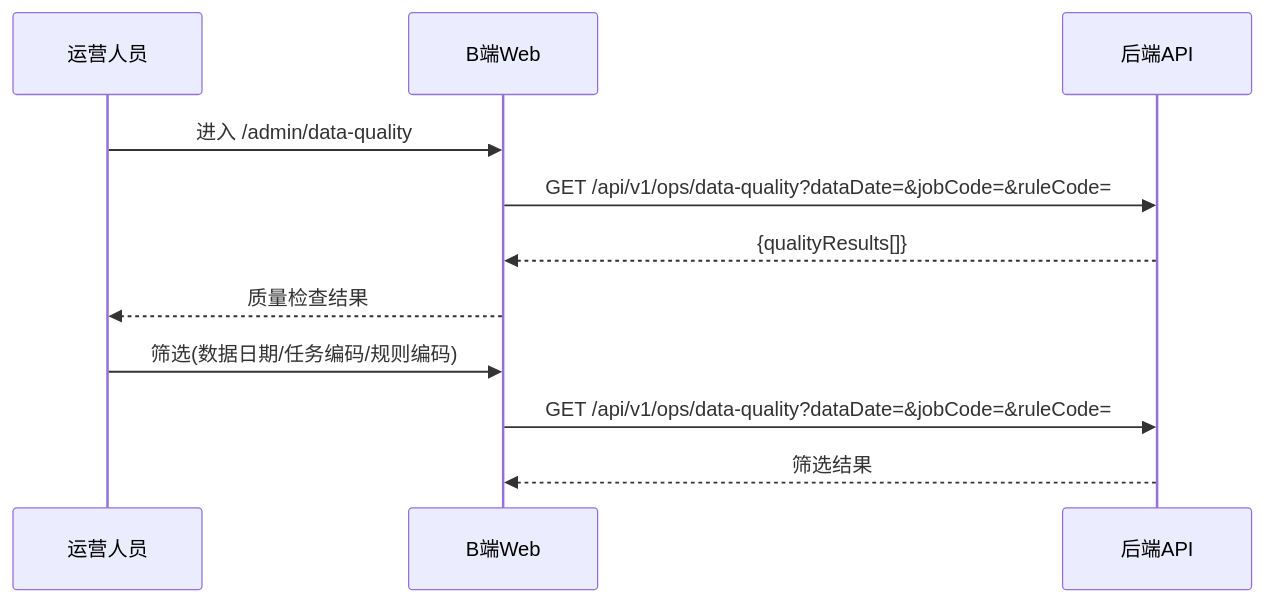
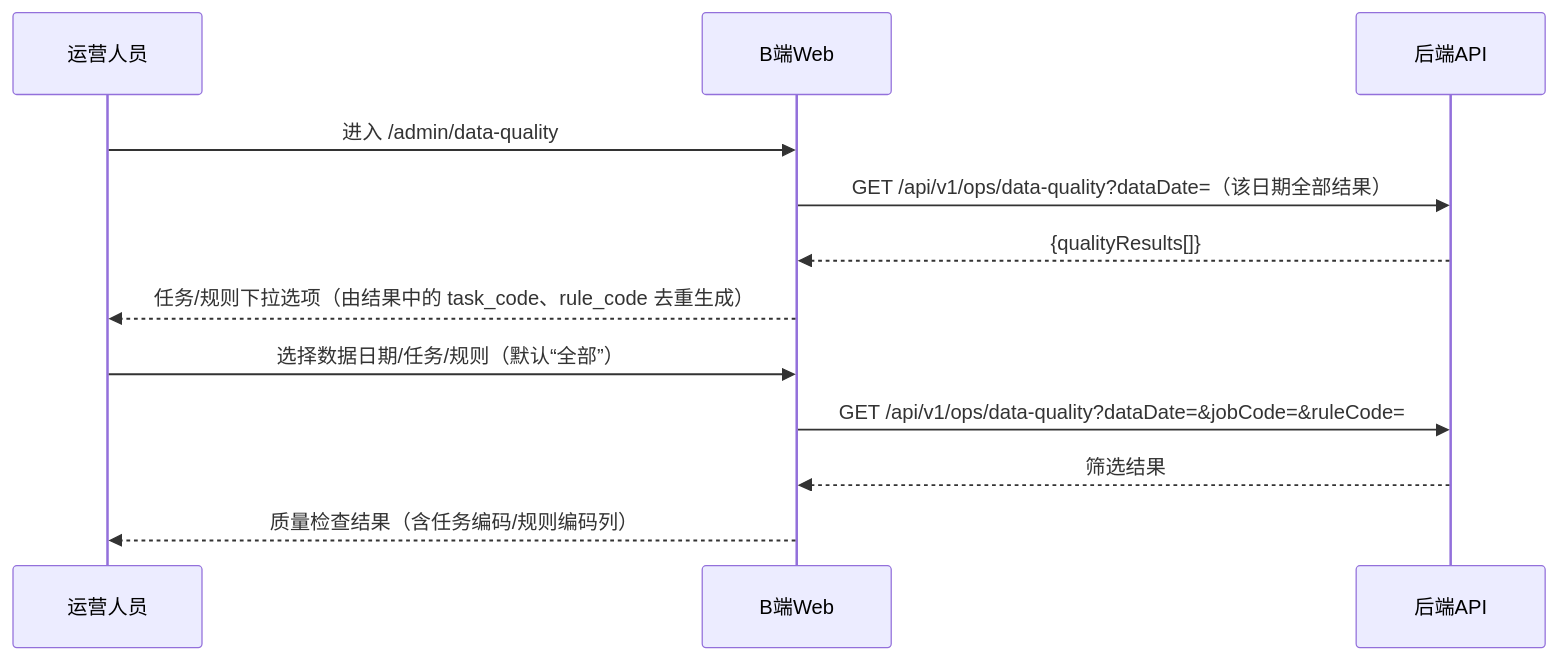
Before and after one commit to JN6565/MiniAlalipay: diagram 27 of 36 in docs/minialalipay/miniaialipay -frontend-system-analysis.md, drawn with Mermaid. The commit also changed other lines of this file and 7 other files, not shown here.

````diff
--- a/docs/minialalipay/miniaialipay -frontend-system-analysis.md
+++ b/docs/minialalipay/miniaialipay -frontend-system-analysis.md
@@ -1760,13 +1760,14 @@
 ```mermaid
 sequenceDiagram
     participant O as 运营人员
     participant Web as B端Web
     participant API as 后端API
     O->>Web: 进入 /admin/data-quality
-    Web->>API: GET /api/v1/ops/data-quality?dataDate=&jobCode=&ruleCode=
+    Web->>API: GET /api/v1/ops/data-quality?dataDate=（该日期全部结果）
     API-->>Web: {qualityResults[]}
-    Web-->>O: 质量检查结果
-    O->>Web: 筛选(数据日期/任务编码/规则编码)
+    Web-->>O: 任务/规则下拉选项（由结果中的 task_code、rule_code 去重生成）
+    O->>Web: 选择数据日期/任务/规则（默认“全部”）
     Web->>API: GET /api/v1/ops/data-quality?dataDate=&jobCode=&ruleCode=
     API-->>Web: 筛选结果
+    Web-->>O: 质量检查结果（含任务编码/规则编码列）
 ```
````
